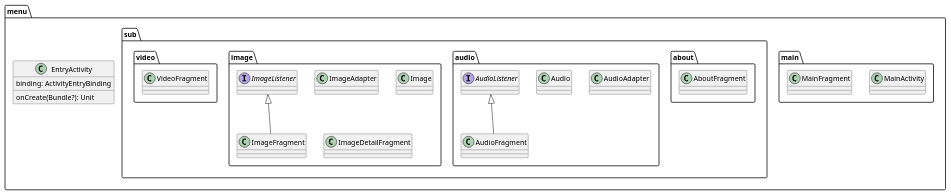
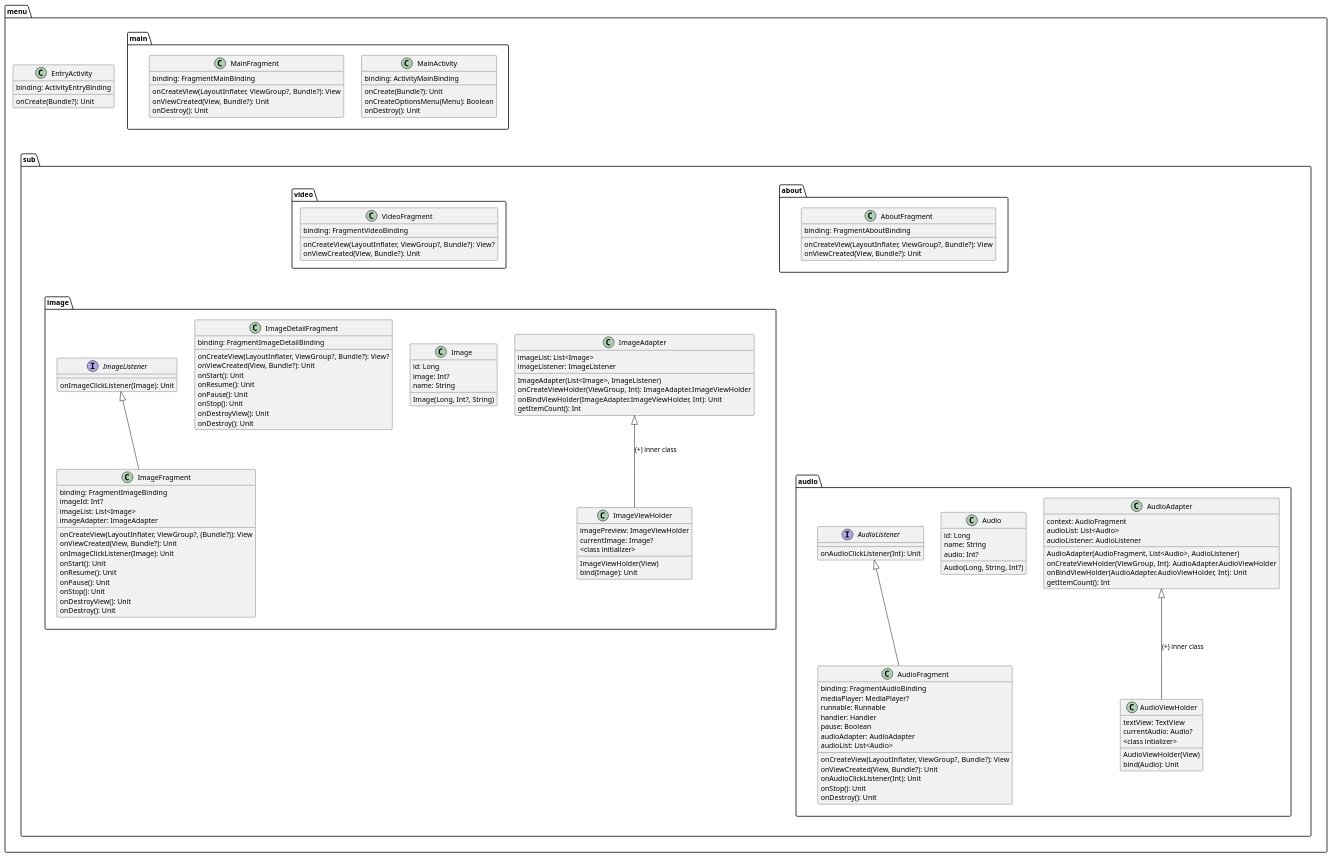
The diagram in Documents/classesUML.puml (vertigonale/botify2), drawn with PlantUML before and after one commit.

Commit message:
add UML class diagram

```diff
--- a/Documents/classesUML.puml
+++ b/Documents/classesUML.puml
@@ -1,49 +1,171 @@
 @startuml
 'comment
 
 ' packages
 package "menu" {
+
     class EntryActivity {
         binding: ActivityEntryBinding
+    ' TODO should "Unit" be omitted? it basically means "void"
         onCreate(Bundle?): Unit
     }
 
     package "main" {
-        class MainActivity
-        class MainFragment
+
+        class MainActivity {
+            binding: ActivityMainBinding
+            onCreate(Bundle?): Unit
+            onCreateOptionsMenu(Menu): Boolean
+            onDestroy(): Unit
+        }
+
+        class MainFragment {
+            binding: FragmentMainBinding
+            onCreateView(LayoutInflater, ViewGroup?, Bundle?): View
+            onViewCreated(View, Bundle?): Unit
+            onDestroy(): Unit
+        }
     }
 
     package "sub" {
+
         package "about" {
-            class AboutFragment
+            class AboutFragment {
+                binding: FragmentAboutBinding
+                onCreateView(LayoutInflater, ViewGroup?, Bundle?): View
+                onViewCreated(View, Bundle?): Unit
+            }
         }
 
         package "audio" {
-            class AudioFragment
-            class AudioAdapter
-            class Audio
-            interface AudioListener
+
+            class AudioFragment {
+                binding: FragmentAudioBinding
+                mediaPlayer: MediaPlayer?
+                runnable: Runnable
+                handler: Handler
+                pause: Boolean
+                audioAdapter: AudioAdapter
+                audioList: List<Audio>
+                onCreateView(LayoutInflater, ViewGroup?, Bundle?): View
+                onViewCreated(View, Bundle?): Unit
+                onAudioClickListener(Int): Unit
+                onStop(): Unit
+                onDestroy(): Unit
+            }
+
+            class AudioAdapter {
+                context: AudioFragment
+                audioList: List<Audio>
+                audioListener: AudioListener
+                AudioAdapter(AudioFragment, List<Audio>, AudioListener)
+                onCreateViewHolder(ViewGroup, Int): AudioAdapter.AudioViewHolder
+                onBindViewHolder(AudioAdapter.AudioViewHolder, Int): Unit
+                getItemCount(): Int
+            }
+
+            class AudioViewHolder {
+                textView: TextView
+                currentAudio: Audio?
+            ' TODO what to do with this pain in the ass?
+                <class intializer>
+                AudioViewHolder(View)
+                bind(Audio): Unit
+            }
+
+            class Audio {
+                id: Long
+                name: String
+                audio: Int?
+                Audio(Long, String, Int?)
+            }
+
+            interface AudioListener {
+                onAudioClickListener(Int): Unit
+            }
         'TODO how to handle "Audios.kt"
         }
 
         package "image" {
-            class ImageFragment
-            class ImageAdapter
-            class Image
-            class ImageDetailFragment
-            interface ImageListener
+
+            class ImageFragment {
+                binding: FragmentImageBinding
+                imageId: Int?
+                imageList: List<Image>
+                imageAdapter: ImageAdapter
+                onCreateView(LayoutInflater, ViewGroup?, (Bundle?)): View
+                onViewCreated(View, Bundle?): Unit
+                onImageClickListener(Image): Unit
+                onStart(): Unit
+                onResume(): Unit
+                onPause(): Unit
+                onStop(): Unit
+                onDestroyView(): Unit
+                onDestroy(): Unit
+            }
+
+            class ImageAdapter {
+                imageList: List<Image>
+                imageListener: ImageListener
+                ImageAdapter(List<Image>, ImageListener)
+                onCreateViewHolder(ViewGroup, Int): ImageAdapter.ImageViewHolder
+                onBindViewHolder(ImageAdapter.ImageViewHolder, Int): Unit
+                getItemCount(): Int
+            }
+
+            class ImageViewHolder {
+                imagePreview: ImageViewHolder
+                currentImage: Image?
+                <class initializer>
+                ImageViewHolder(View)
+                bind(Image): Unit
+            }
+
+            class Image {
+                id: Long
+                image: Int?
+                name: String
+                Image(Long, Int?, String)
+            }
+
+            class ImageDetailFragment {
+                binding: FragmentImageDetailBinding
+                onCreateView(LayoutInflater, ViewGroup?, Bundle?): View?
+                onViewCreated(View, Bundle?): Unit
+                onStart(): Unit
+                onResume(): Unit
+                onPause(): Unit
+                onStop(): Unit
+                onDestroyView(): Unit
+                onDestroy(): Unit
+            }
+
+            interface ImageListener {
+                onImageClickListener(Image): Unit
+            }
         'TODO how to handle "Images.kt"
-
         }
 
         package "video" {
-            class VideoFragment
+            class VideoFragment {
+            binding: FragmentVideoBinding
+            onCreateView(LayoutInflater, ViewGroup?, Bundle?): View?
+            onViewCreated(View, Bundle?): Unit
+            }
         }
     }
 }
 
 ' dependencies
     AudioListener <|-- AudioFragment
     ImageListener <|-- ImageFragment
+    AudioAdapter <|-- AudioViewHolder : (+) inner class
+    ImageAdapter <|-- ImageViewHolder : (+) inner class
 
+' output layout
+    main-down[hidden]-sub
+    audio-down[hidden]-about
+    about-down[hidden]-image
+    image-down[hidden]-audio
+    ' sub-down[hidden]-main
 @enduml
```
